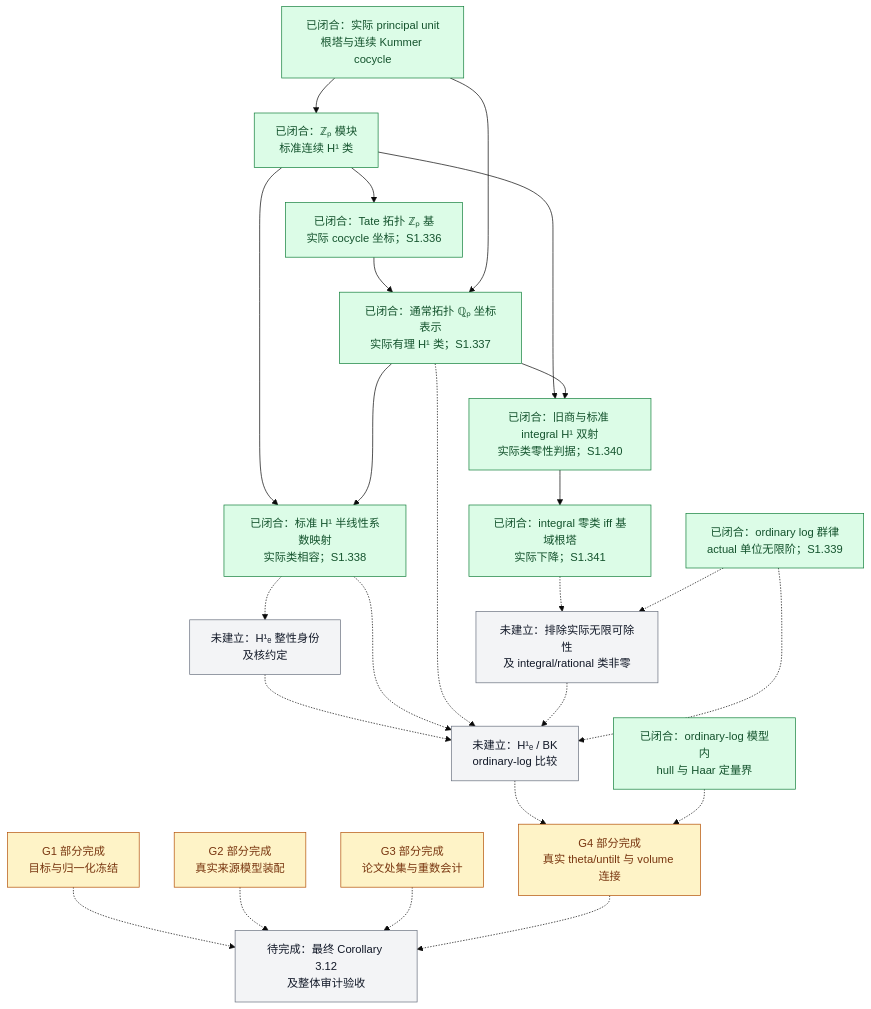
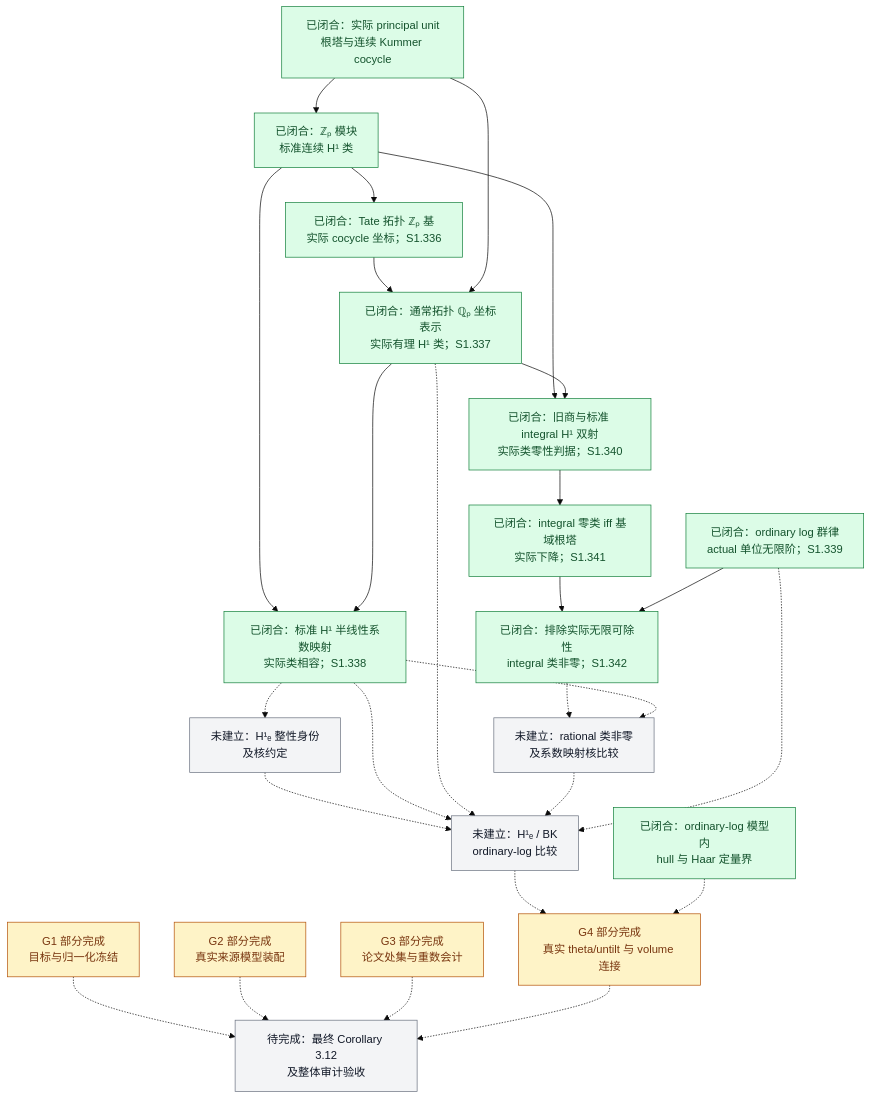
The diagram in docs/Scene1进度总览.md (Ember-Institute/KirtiJoshi-abc), drawn with Mermaid (base theme) before and after one commit. The commit also changed other lines of this file and 10 other files, not shown here.

````diff
--- a/docs/Scene1进度总览.md
+++ b/docs/Scene1进度总览.md
@@ -75,51 +75,54 @@
 ```mermaid
 flowchart TD
     K["已闭合：实际 principal unit<br/>根塔与连续 Kummer cocycle"]
     Z["已闭合：ℤₚ 模块<br/>标准连续 H¹ 类"]
     T["已闭合：Tate 拓扑 ℤₚ 基<br/>实际 cocycle 坐标；S1.336"]
     Q["已闭合：通常拓扑 ℚₚ 坐标表示<br/>实际有理 H¹ 类；S1.337"]
     I["已闭合：标准 H¹ 半线性系数映射<br/>实际类相容；S1.338"]
     J["未建立：H¹ₑ 整性身份<br/>及核约定"]
     C0["已闭合：旧商与标准 integral H¹ 双射<br/>实际类零性判据；S1.340"]
     R0["已闭合：integral 零类 iff 基域根塔<br/>实际下降；S1.341"]
-    N0["未建立：排除实际无限可除性<br/>及 integral/rational 类非零"]
+    N0["已闭合：排除实际无限可除性<br/>integral 类非零；S1.342"]
+    NQ["未建立：rational 类非零<br/>及系数映射核比较"]
     B["未建立：H¹ₑ / BK<br/>ordinary-log 比较"]
     H["已闭合：ordinary-log 模型内<br/>hull 与 Haar 定量界"]
     L["已闭合：ordinary log 群律<br/>actual 单位无限阶；S1.339"]
     V["G4 部分完成<br/>真实 theta/untilt 与 volume 连接"]
     G1["G1 部分完成<br/>目标与归一化冻结"]
     G2["G2 部分完成<br/>真实来源模型装配"]
     G3["G3 部分完成<br/>论文处集与重数会计"]
     C["待完成：最终 Corollary 3.12<br/>及整体审计验收"]
 
     K --> Z
     Z --> T
     T --> Q
     K --> Q
     Z --> I
     Q --> I
     I -.-> J
     J -.-> B
     I -.-> B
     Q -.-> B
     Z --> C0
     Q --> C0
     C0 --> R0
-    R0 -.-> N0
-    L -.-> N0
-    N0 -.-> B
+    R0 --> N0
+    L --> N0
+    N0 -.-> NQ
+    I -.-> NQ
+    NQ -.-> B
     L -.-> B
     B -.-> V
     H -.-> V
     G1 -.-> C
     G2 -.-> C
     G3 -.-> C
     V -.-> C
 
     classDef done fill:#dcfce7,stroke:#15803d,color:#14532d;
     classDef partial fill:#fef3c7,stroke:#b45309,color:#78350f;
     classDef open fill:#f3f4f6,stroke:#6b7280,color:#111827;
-    class K,Z,T,Q,H,I,L,C0,R0 done;
+    class K,Z,T,Q,H,I,L,C0,R0,N0 done;
     class G1,G2,G3,V partial;
-    class J,B,C,N0 open;
+    class J,B,C,NQ open;
 ```
````
